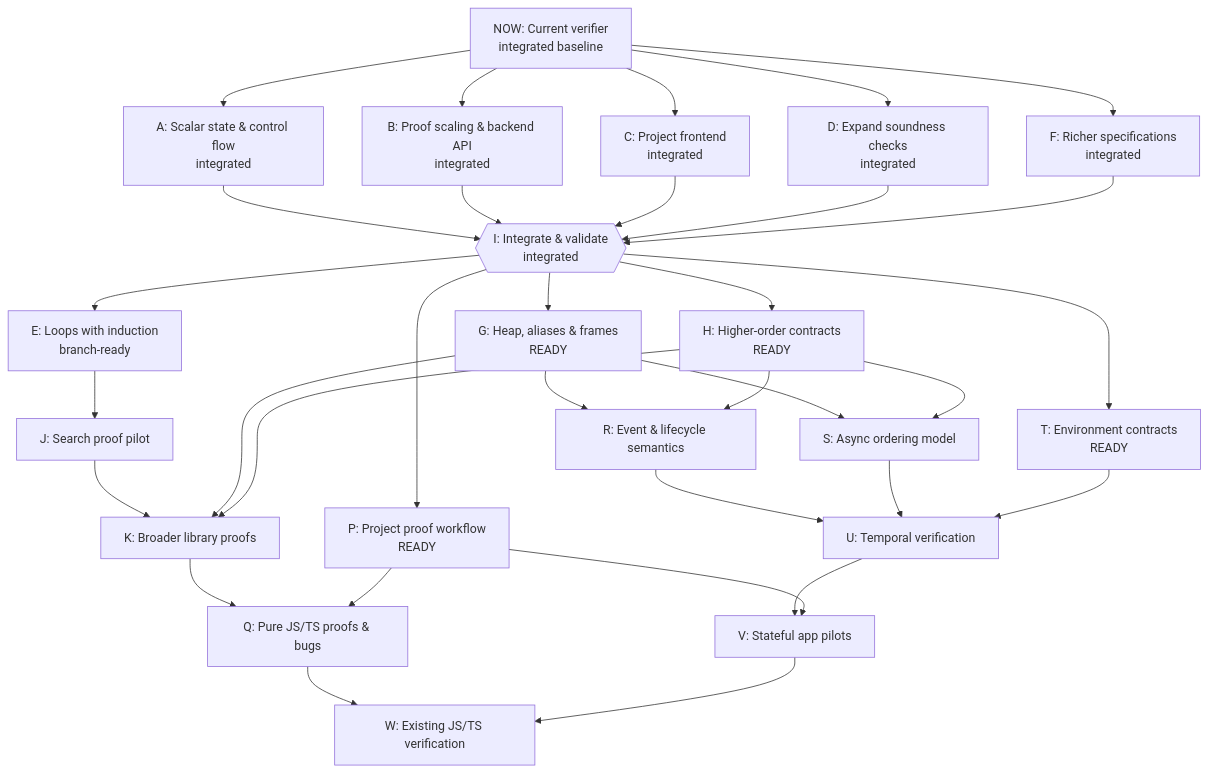
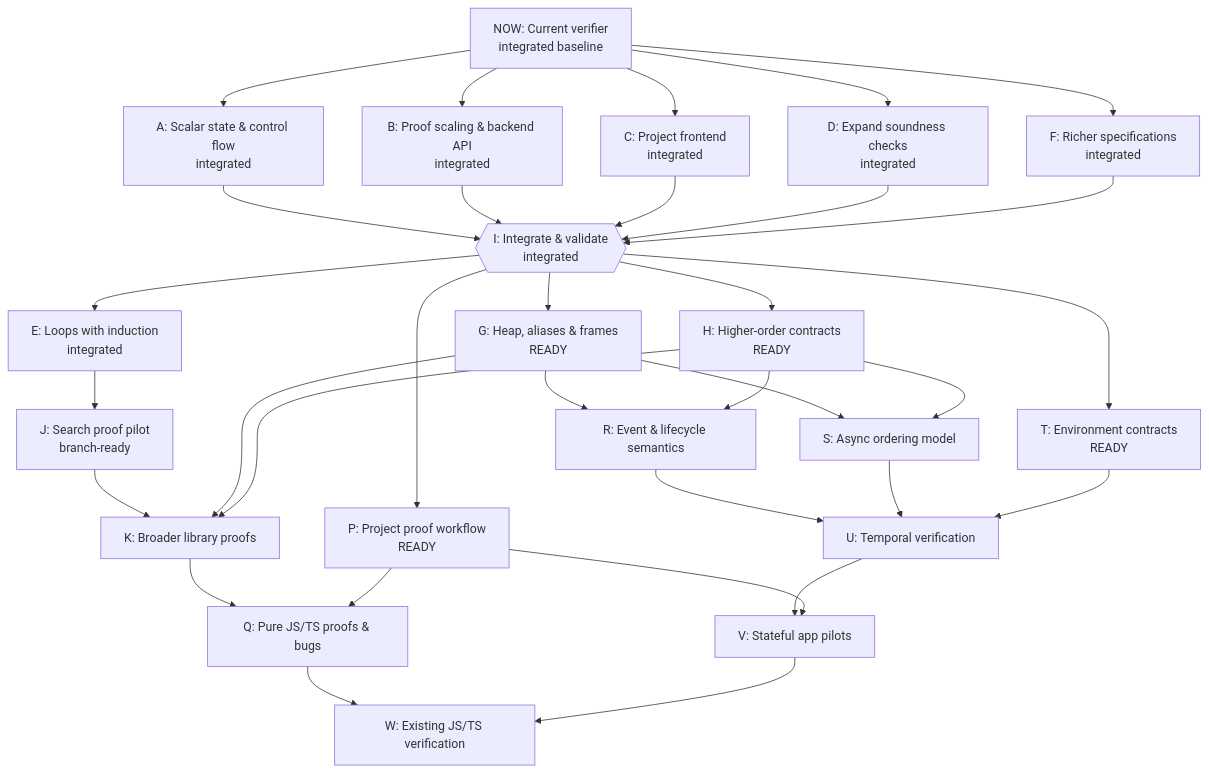
The diagram in docs/verification-roadmap.md (rickono/verified-list-ui), drawn with Mermaid before and after one commit. The commit also changed other lines of this file and 17 other files, not shown here.

````diff
--- a/docs/verification-roadmap.md
+++ b/docs/verification-roadmap.md
@@ -7,55 +7,55 @@
 ```mermaid
 flowchart TD
   NOW["NOW: Current verifier<br/>integrated baseline"]
   A["A: Scalar state &amp; control flow<br/>integrated"]
   B["B: Proof scaling &amp; backend API<br/>integrated"]
   C["C: Project frontend<br/>integrated"]
   D["D: Expand soundness checks<br/>integrated"]
   F["F: Richer specifications<br/>integrated"]
   I{{"I: Integrate &amp; validate<br/>integrated"}}
-  E["E: Loops with induction<br/>branch-ready"]
+  E["E: Loops with induction<br/>integrated"]
   G["G: Heap, aliases &amp; frames<br/>READY"]
   H["H: Higher-order contracts<br/>READY"]
-  J["J: Search proof pilot"]
+  J["J: Search proof pilot<br/>branch-ready"]
   K["K: Broader library proofs"]
   P["P: Project proof workflow<br/>READY"]
   Q["Q: Pure JS/TS proofs &amp; bugs"]
   R["R: Event &amp; lifecycle semantics"]
   S["S: Async ordering model"]
   T["T: Environment contracts<br/>READY"]
   U["U: Temporal verification"]
   V["V: Stateful app pilots"]
   W["W: Existing JS/TS verification"]
   NOW --> A
   NOW --> B
   NOW --> C
   NOW --> D
   NOW --> F
   A --> I
   B --> I
   C --> I
   D --> I
   F --> I
   I --> E
   I --> G
   I --> H
   E --> J
   J --> K
   G --> K
   H --> K
   I --> P
   K --> Q
   P --> Q
   G --> R
   H --> R
   G --> S
   H --> S
   I --> T
   R --> U
   S --> U
   T --> U
   U --> V
   P --> V
   Q --> W
   V --> W
 ```
````
